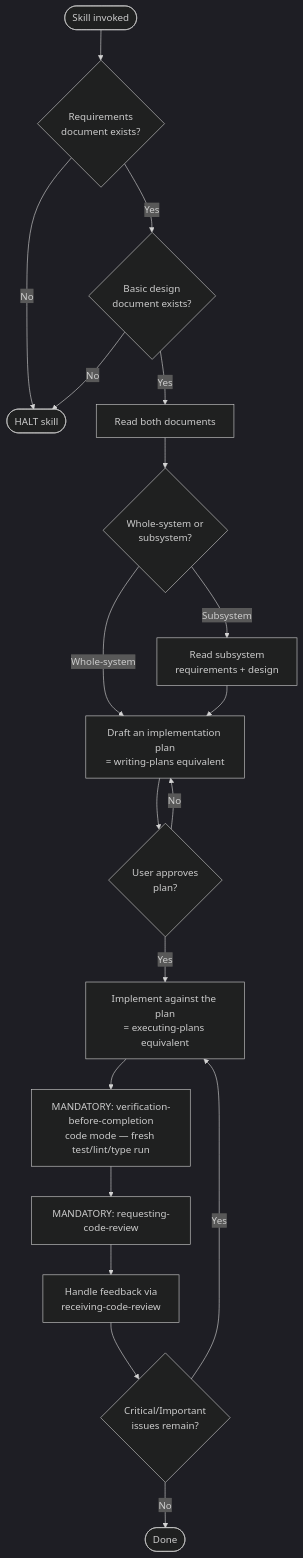
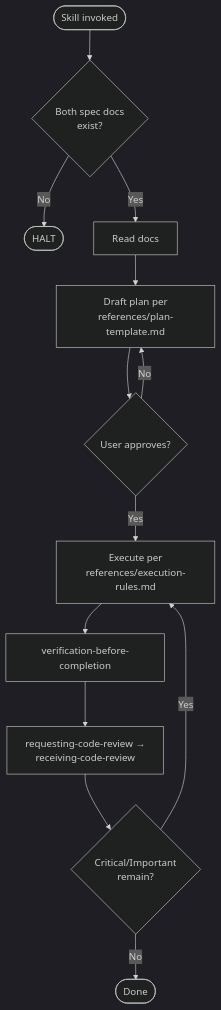
The diagram in .claude/skills/implementing-from-spec/SKILL.md (wintermaples/spec-coexist), drawn with Mermaid (dark theme) before and after one commit. The commit also changed other lines of this file and 44 other files, not shown here.

````diff
--- a/.claude/skills/implementing-from-spec/SKILL.md
+++ b/.claude/skills/implementing-from-spec/SKILL.md
@@ -47,22 +40,15 @@
 ```mermaid
 flowchart TD
-    Start([Skill invoked]) --> Q1{Requirements<br/>document exists?}
-    Q1 -- No --> Stop([HALT skill])
-    Q1 -- Yes --> Q2{Basic design<br/>document exists?}
-    Q2 -- No --> Stop
-    Q2 -- Yes --> R[Read both documents]
-    R --> Q3{Whole-system or<br/>subsystem?}
-    Q3 -- Subsystem --> S1[Read subsystem<br/>requirements + design]
-    Q3 -- Whole-system --> Plan
-    S1 --> Plan
-    Plan[Draft an implementation plan<br/>= writing-plans equivalent]
-    Plan --> Approve{User approves<br/>plan?}
+    Start([Skill invoked]) --> Q1{Both spec docs<br/>exist?}
+    Q1 -- No --> Stop([HALT])
+    Q1 -- Yes --> R[Read docs]
+    R --> Plan[Draft plan per<br/>references/plan-template.md]
+    Plan --> Approve{User approves?}
     Approve -- No --> Plan
-    Approve -- Yes --> Impl[Implement against the plan<br/>= executing-plans equivalent]
-    Impl --> Verify[MANDATORY: verification-before-completion<br/>code mode — fresh test/lint/type run]
-    Verify --> Review[MANDATORY: requesting-code-review]
-    Review --> Feedback[Handle feedback via<br/>receiving-code-review]
-    Feedback --> CritQ{Critical/Important<br/>issues remain?}
-    CritQ -- Yes --> Impl
-    CritQ -- No --> End([Done])
+    Approve -- Yes --> Impl[Execute per<br/>references/execution-rules.md]
+    Impl --> Verify[verification-before-completion]
+    Verify --> Review[requesting-code-review →<br/>receiving-code-review]
+    Review --> Crit{Critical/Important<br/>remain?}
+    Crit -- Yes --> Impl
+    Crit -- No --> End([Done])
 ```
````
